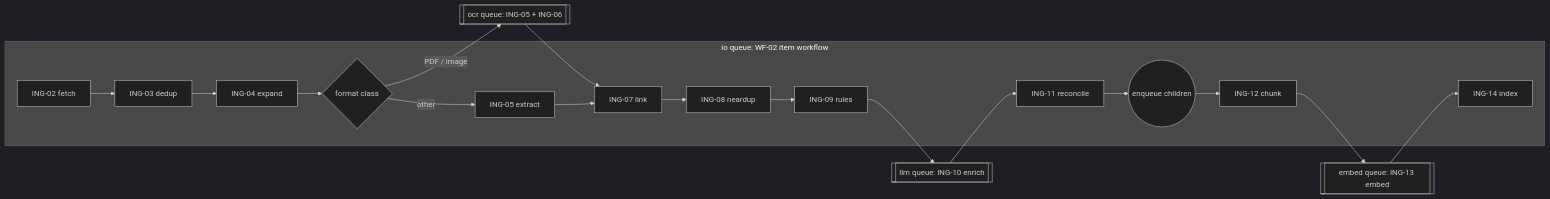
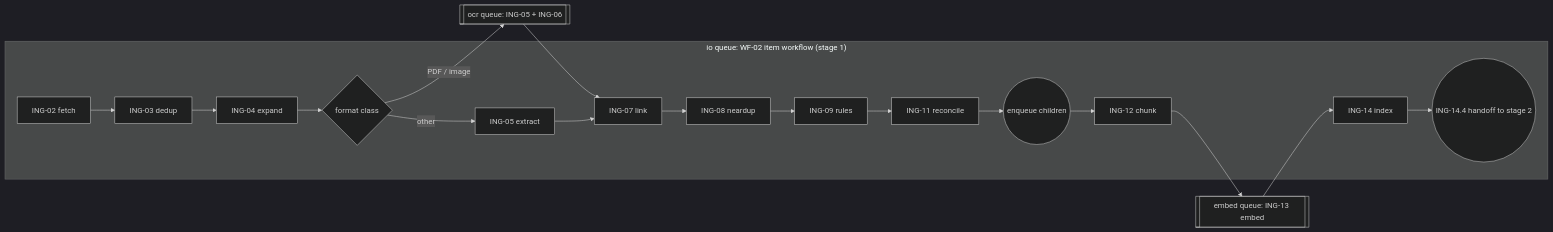
Before and after one commit to astepnik/documents_store: the second of 5 diagrams in docs/architecture/ingestion.md, drawn with Mermaid (dark theme). The commit also changed other lines of this file and 9 other files, not shown here.

````diff
--- a/docs/architecture/ingestion.md
+++ b/docs/architecture/ingestion.md
@@ -52,17 +53,16 @@
 ```mermaid
 flowchart LR
-  subgraph io["io queue: WF-02 item workflow"]
+  subgraph io["io queue: WF-02 item workflow (stage 1)"]
     F[ING-02 fetch] --> D[ING-03 dedup] --> X[ING-04 expand]
     X --> E{format class}
     E -- other --> EX[ING-05 extract]
     L[ING-07 link] --> N[ING-08 neardup] --> RU[ING-09 rules]
-    RC[ING-11 reconcile] --> FO((enqueue children))
+    RU --> RC[ING-11 reconcile] --> FO((enqueue children))
     FO --> CH[ING-12 chunk]
-    IX[ING-14 index]
+    IX[ING-14 index] --> HO((ING-14.4 handoff to stage 2))
   end
   E -- PDF / image --> OCR[[ocr queue: ING-05 + ING-06]]
   OCR --> L
   EX --> L
-  RU --> LLM[[llm queue: ING-10 enrich]] --> RC
   CH --> EMB[[embed queue: ING-13 embed]] --> IX
 ```
````
